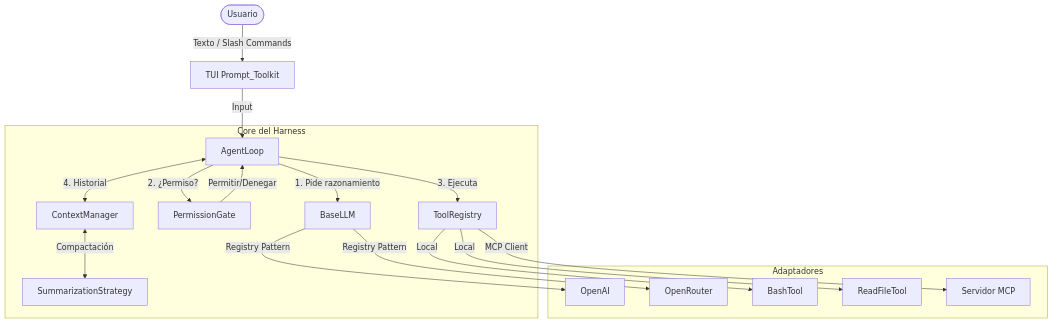
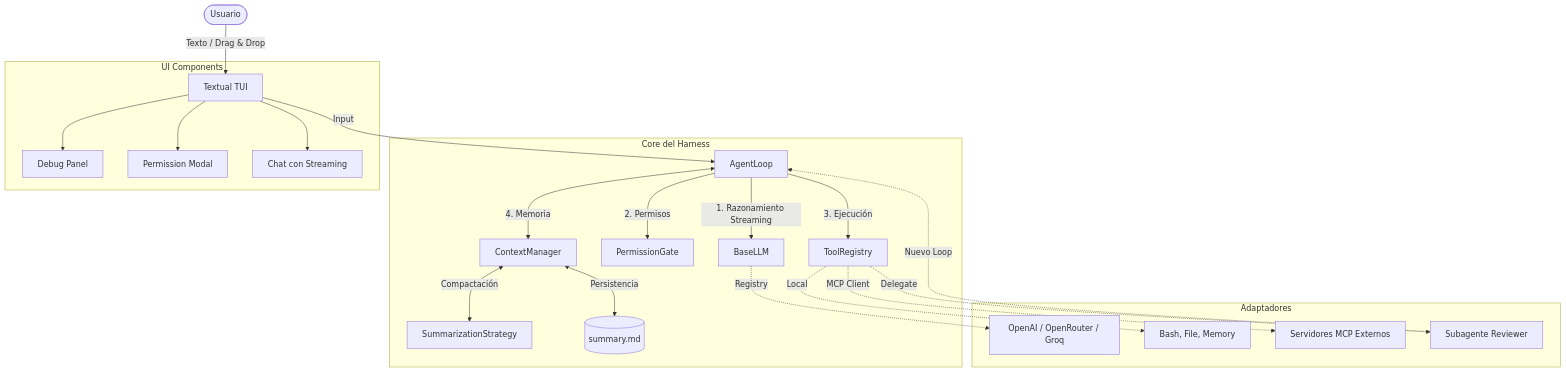
One commit to enriquehernandez/agent-harness changed the first of 2 diagrams in PRODUCT_BLUEPRINT/01_DESIGN_SYSTEM/01_arquitectura.md. Above: the diagram before and after it, drawn with Mermaid. The commit also changed other lines of this file and 48 other files, not shown here.

Commit message:
Streaming en la TUI

````diff
--- a/PRODUCT_BLUEPRINT/01_DESIGN_SYSTEM/01_arquitectura.md
+++ b/PRODUCT_BLUEPRINT/01_DESIGN_SYSTEM/01_arquitectura.md
@@ -7,22 +7,28 @@
 ```mermaid
 graph TD
-    User([Usuario]) -->|Texto / Slash Commands| TUI[TUI Prompt_Toolkit]
+    User([Usuario]) -->|Texto / Drag & Drop| TUI[Textual TUI]
     TUI -->|Input| Loop[AgentLoop]
     
     subgraph Core ["Core del Harness"]
-        Loop -->|1. Pide razonamiento| LLM[BaseLLM]
-        Loop -->|2. ¿Permiso?| Gate[PermissionGate]
-        Gate -->|Permitir/Denegar| Loop
-        Loop -->|3. Ejecuta| Tools[ToolRegistry]
-        Loop <-->|4. Historial| Context[ContextManager]
+        Loop -->|1. Razonamiento Streaming| LLM[BaseLLM]
+        Loop -->|2. Permisos| Gate[PermissionGate]
+        Loop -->|3. Ejecución| Tools[ToolRegistry]
+        Loop <-->|4. Memoria| Context[ContextManager]
         Context <-->|Compactación| Compactor[SummarizationStrategy]
+        Context <-->|Persistencia| MemoryFile[(summary.md)]
     end
     
     subgraph Adaptadores
-        LLM -->|Registry Pattern| OpenAI[OpenAI]
-        LLM -->|Registry Pattern| OpenRouter[OpenRouter]
-        Tools -->|Local| Bash[BashTool]
-        Tools -->|Local| File[ReadFileTool]
-        Tools -->|MCP Client| MCP[Servidor MCP]
+        LLM -.->|Registry| Providers[OpenAI / OpenRouter / Groq]
+        Tools -.->|Local| LocalTools[Bash, File, Memory]
+        Tools -.->|MCP Client| MCP[Servidores MCP Externos]
+        Tools -.->|Delegate| Subagent[Subagente Reviewer]
+        Subagent -.->|Nuevo Loop| Loop
+    end
+    
+    subgraph UI ["UI Components"]
+        TUI --> DebugPanel[Debug Panel]
+        TUI --> PermissionModal[Permission Modal]
+        TUI --> Chat[Chat con Streaming]
     end
 ```
````
